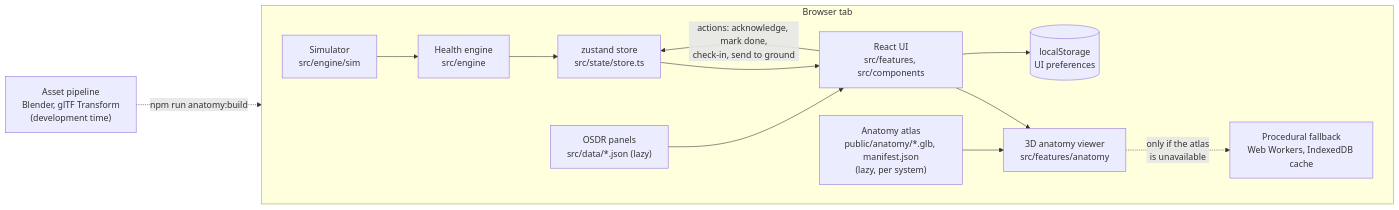
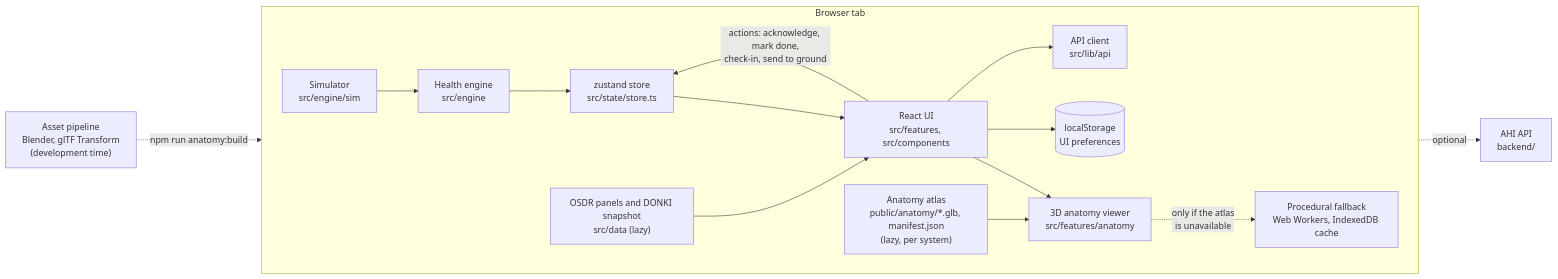
The second of 3 diagrams in docs-site/architecture/overview.md (Gabrieldiv/astronaut-health-intelligence-platform), drawn with Mermaid before and after one commit. The commit also changed other lines of this file and 39 other files, not shown here.

````diff
--- a/docs-site/architecture/overview.md
+++ b/docs-site/architecture/overview.md
@@ -43,16 +54,18 @@
 ```mermaid
 flowchart LR
     subgraph TAB["Browser tab"]
       direction LR
       SIM["Simulator<br/>src/engine/sim"] --> ENG["Health engine<br/>src/engine"]
       ENG --> STORE["zustand store<br/>src/state/store.ts"]
       STORE --> UI["React UI<br/>src/features, src/components"]
       UI -- "actions: acknowledge, mark done,<br/>check-in, send to ground" --> STORE
       UI --> VIEW["3D anatomy viewer<br/>src/features/anatomy"]
       ATLAS["Anatomy atlas<br/>public/anatomy/*.glb, manifest.json<br/>(lazy, per system)"] --> VIEW
       VIEW -. "only if the atlas<br/>is unavailable" .-> FB["Procedural fallback<br/>Web Workers, IndexedDB cache"]
       UI --> LS[("localStorage<br/>UI preferences")]
-      DATA["OSDR panels<br/>src/data/*.json (lazy)"] --> UI
+      DATA["OSDR panels and DONKI snapshot<br/>src/data (lazy)"] --> UI
+      UI --> CL["API client<br/>src/lib/api"]
     end
+    CL -. "optional" .-> API["AHI API<br/>backend/"]
     PIPE["Asset pipeline<br/>Blender, glTF Transform<br/>(development time)"] -. "npm run anatomy:build" .-> ATLAS
 ```
````
